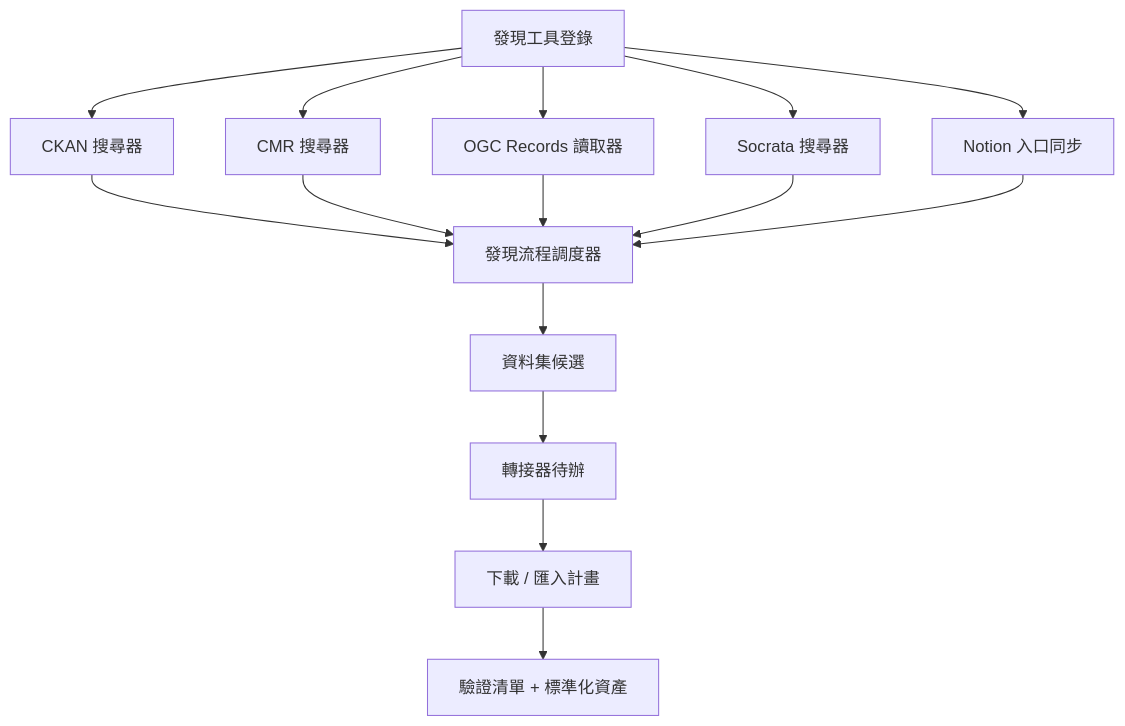
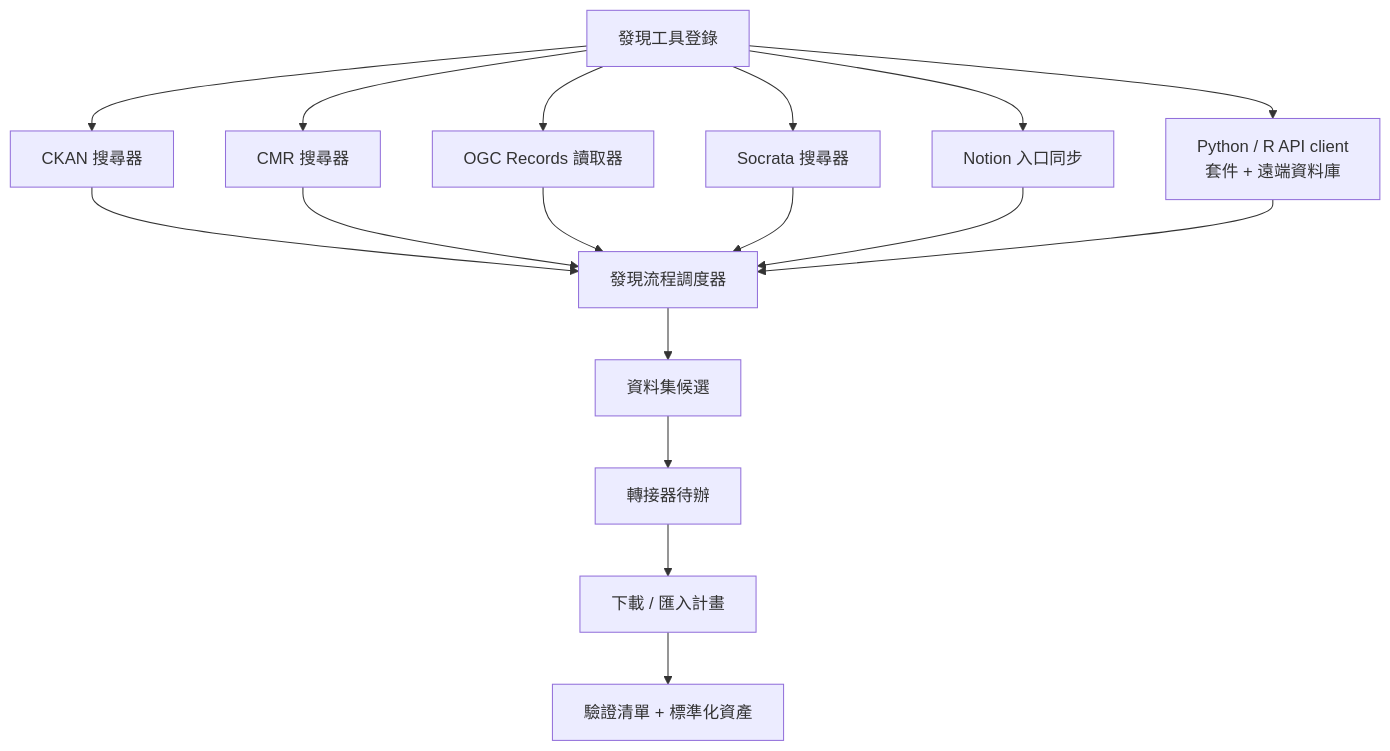
One commit to YanAnnLu/APIkeys_collection changed the second of 7 diagrams in docs/DATA_ASSET_PLATFORM_CONCEPTS.zh-TW.md. Above: the diagram before and after it, drawn with Mermaid. The commit also changed other lines of this file and 14 other files, not shown here.

````diff
--- a/docs/DATA_ASSET_PLATFORM_CONCEPTS.zh-TW.md
+++ b/docs/DATA_ASSET_PLATFORM_CONCEPTS.zh-TW.md
@@ -163,17 +200,19 @@
 ```mermaid
 flowchart TB
     T[發現工具登錄] --> C1[CKAN 搜尋器]
     T --> C2[CMR 搜尋器]
     T --> C3[OGC Records 讀取器]
     T --> C4[Socrata 搜尋器]
     T --> C5[Notion 入口同步]
+    T --> C6[Python / R API client<br/>套件 + 遠端資料庫]
     C1 --> O[發現流程調度器]
     C2 --> O
     C3 --> O
     C4 --> O
     C5 --> O
+    C6 --> O
     O --> D[資料集候選]
     D --> R[轉接器待辦]
     R --> P[下載 / 匯入計畫]
     P --> M[驗證清單 + 標準化資產]
 ```
````
